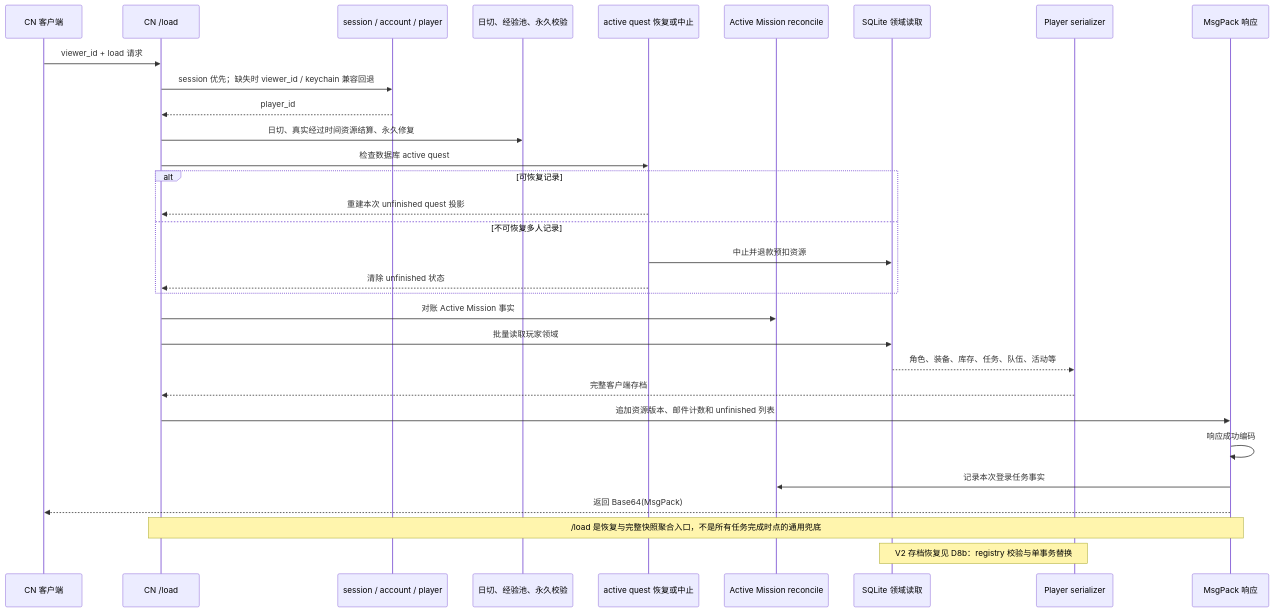
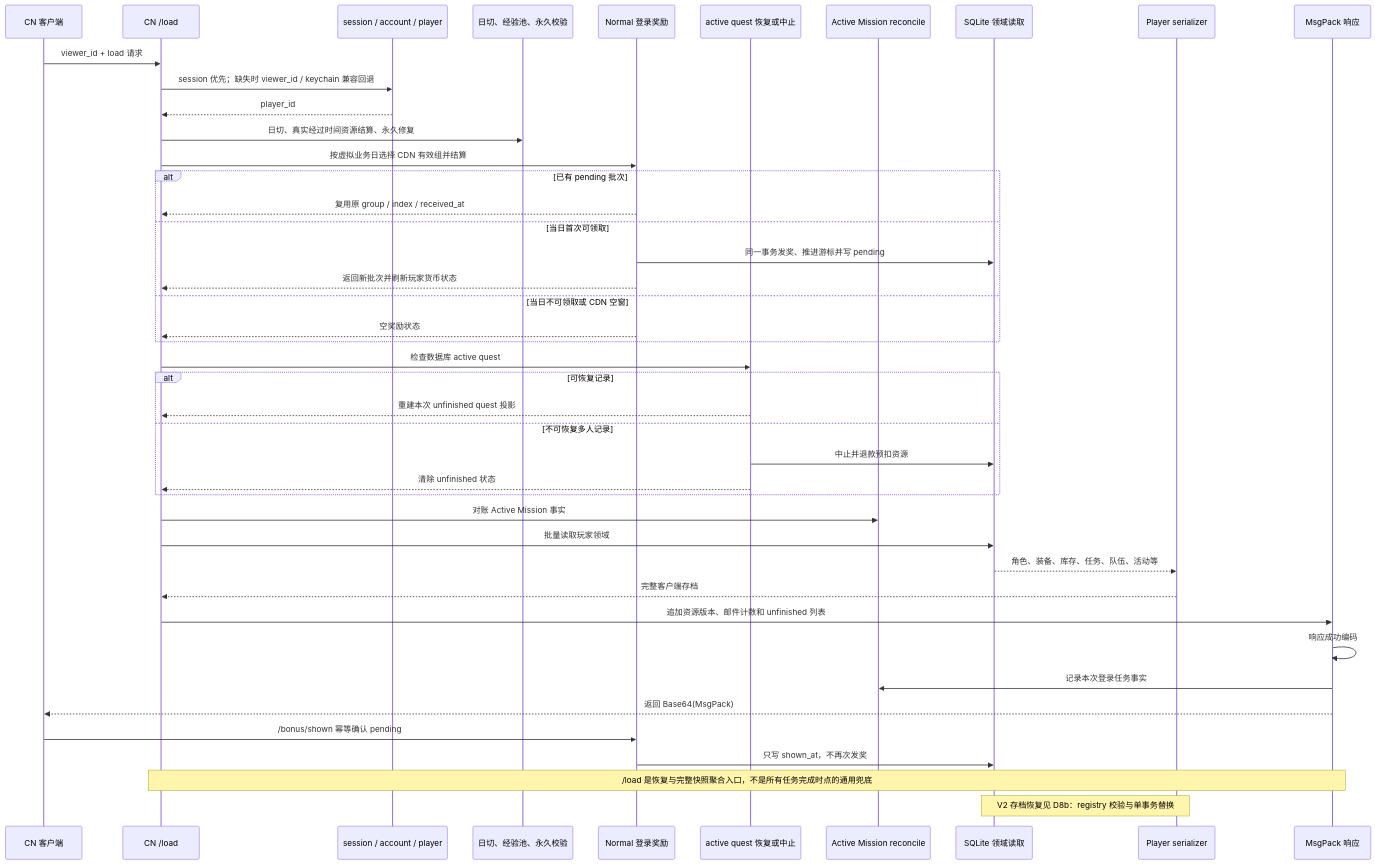
Before and after one commit to DontBeAlarmed/startpoint-cn: the third of 4 diagrams in docs/architecture/identity-time-and-load.md, drawn with Mermaid. The commit also changed other lines of this file and 67 other files, not shown here.

Commit message:
feat: add official normal login bonus

````diff
--- a/docs/architecture/identity-time-and-load.md
+++ b/docs/architecture/identity-time-and-load.md
@@ -96,34 +96,46 @@
 ```mermaid
 sequenceDiagram
     participant C as CN 客户端
     participant L as CN /load
     participant ID as session / account / player
     participant PRE as 日切、经验池、永久校验
+    participant BONUS as Normal 登录奖励
     participant AQ as active quest 恢复或中止
     participant AM as Active Mission reconcile
     participant DB as SQLite 领域读取
     participant SER as Player serializer
     participant R as MsgPack 响应
 
     C->>L: viewer_id + load 请求
     L->>ID: session 优先；缺失时 viewer_id / keychain 兼容回退
     ID-->>L: player_id
     L->>PRE: 日切、真实经过时间资源结算、永久修复
+    L->>BONUS: 按虚拟业务日选择 CDN 有效组并结算
+    alt 已有 pending 批次
+        BONUS-->>L: 复用原 group / index / received_at
+    else 当日首次可领取
+        BONUS->>DB: 同一事务发奖、推进游标并写 pending
+        BONUS-->>L: 返回新批次并刷新玩家货币状态
+    else 当日不可领取或 CDN 空窗
+        BONUS-->>L: 空奖励状态
+    end
     L->>AQ: 检查数据库 active quest
     alt 可恢复记录
         AQ-->>L: 重建本次 unfinished quest 投影
     else 不可恢复多人记录
         AQ->>DB: 中止并退款预扣资源
         AQ-->>L: 清除 unfinished 状态
     end
     L->>AM: 对账 Active Mission 事实
     L->>DB: 批量读取玩家领域
     DB-->>SER: 角色、装备、库存、任务、队伍、活动等
     SER-->>L: 完整客户端存档
     L->>R: 追加资源版本、邮件计数和 unfinished 列表
     R->>R: 响应成功编码
     R->>AM: 记录本次登录任务事实
     R-->>C: 返回 Base64(MsgPack)
+    C->>BONUS: /bonus/shown 幂等确认 pending
+    BONUS->>DB: 只写 shown_at，不再次发奖
     Note over L,R: /load 是恢复与完整快照聚合入口，不是所有任务完成时点的通用兜底
     Note over DB,SER: V2 存档恢复见 D8b：registry 校验与单事务替换
 ```
````
